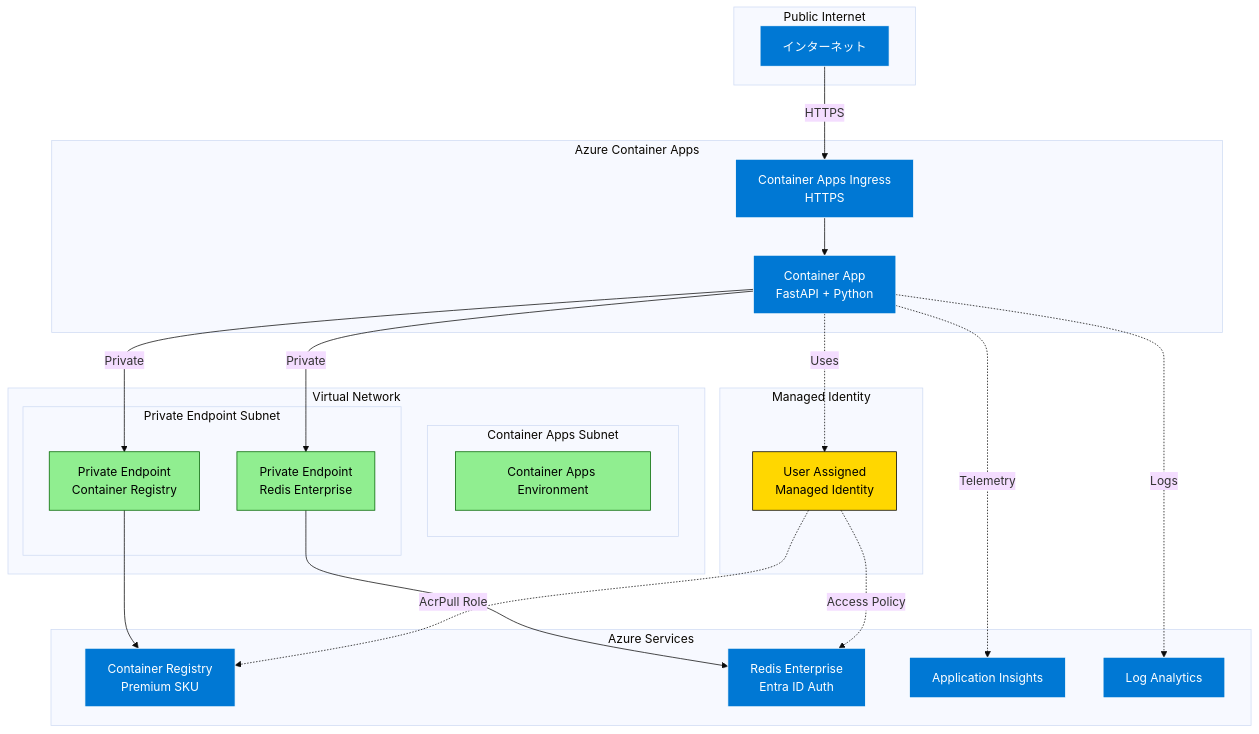
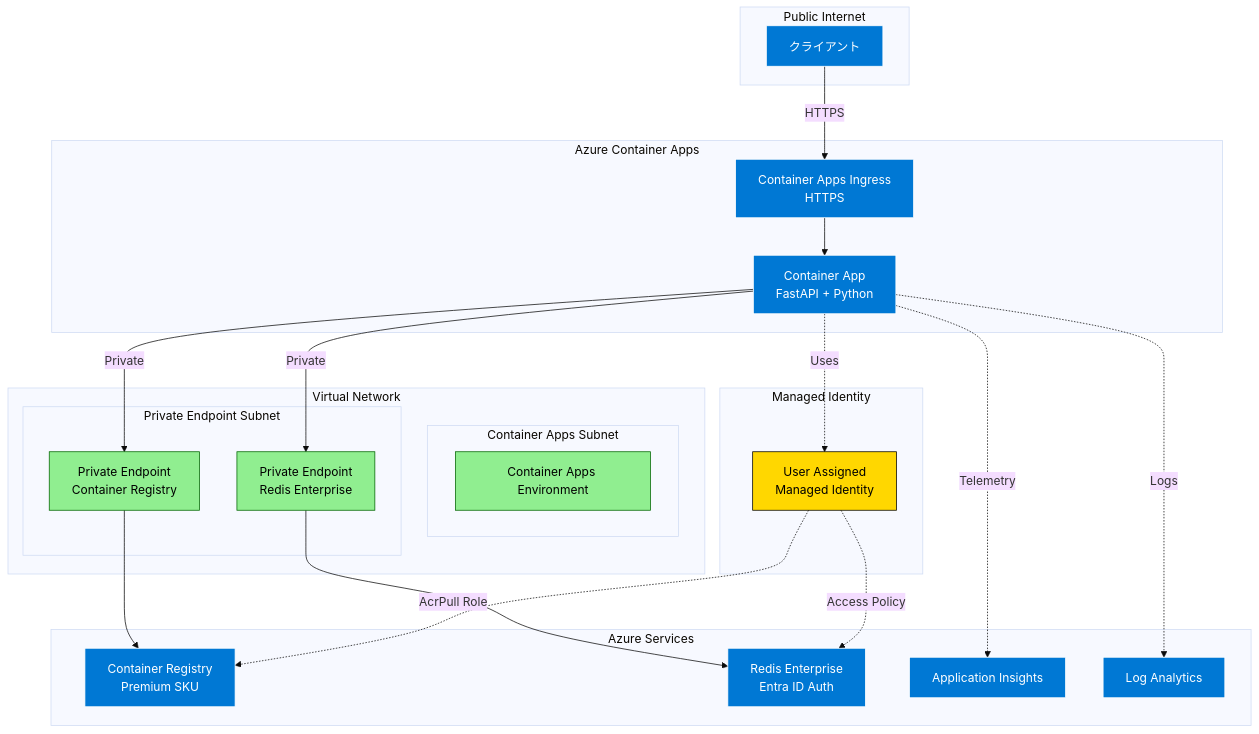
The diagram in README.md (torumakabe/aca-chaos-lab), drawn with Mermaid (base theme) before and after one commit. The commit also changed other lines of this file and 19 other files, not shown here.

````diff
--- a/README.md
+++ b/README.md
@@ -17,54 +17,54 @@
 ```mermaid
 graph TB
     subgraph "Public Internet"
-        Internet[インターネット]
+        Internet[クライアント]
     end
     
     subgraph "Azure Container Apps"
         Ingress[Container Apps Ingress<br/>HTTPS]
         CA[Container App<br/>FastAPI + Python]
     end
     
     subgraph "Virtual Network"
         subgraph "Container Apps Subnet"
             CAEnv[Container Apps Environment]
         end
         
         subgraph "Private Endpoint Subnet"
             PERC[Private Endpoint<br/>Container Registry]
             PER[Private Endpoint<br/>Redis Enterprise]
         end
     end
     
     subgraph "Managed Identity"
         MI[User Assigned<br/>Managed Identity]
     end
     
     subgraph "Azure Services"
         ACR[Container Registry<br/>Premium SKU]
         Redis[Redis Enterprise<br/>Entra ID Auth]
         AI[Application Insights]
         LA[Log Analytics]
     end
     
     Internet -->|HTTPS| Ingress
     Ingress --> CA
     CA -.->|Telemetry| AI
     CA -.->|Logs| LA
     CA -->|Private| PER
     CA -->|Private| PERC
     PER --> Redis
     PERC --> ACR
     
     MI -.->|Access Policy| Redis
     MI -.->|AcrPull Role| ACR
     CA -.->|Uses| MI
     
     classDef azure fill:#0078D4,stroke:#fff,color:#fff
     classDef network fill:#90EE90,stroke:#006400,color:#000
     classDef identity fill:#FFD700,stroke:#000,color:#000
     
     class Internet,Ingress,CA,ACR,Redis,AI,LA azure
     class CAEnv,PERC,PER network
     class MI identity
 ```
````
